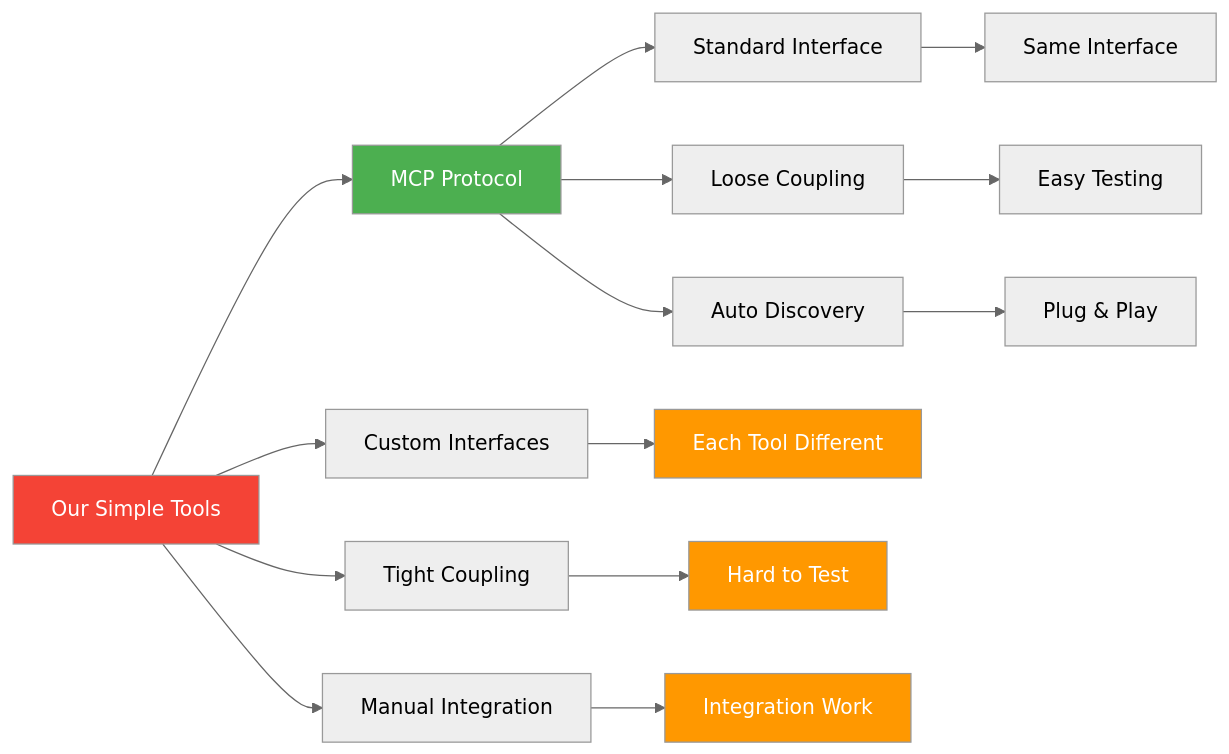
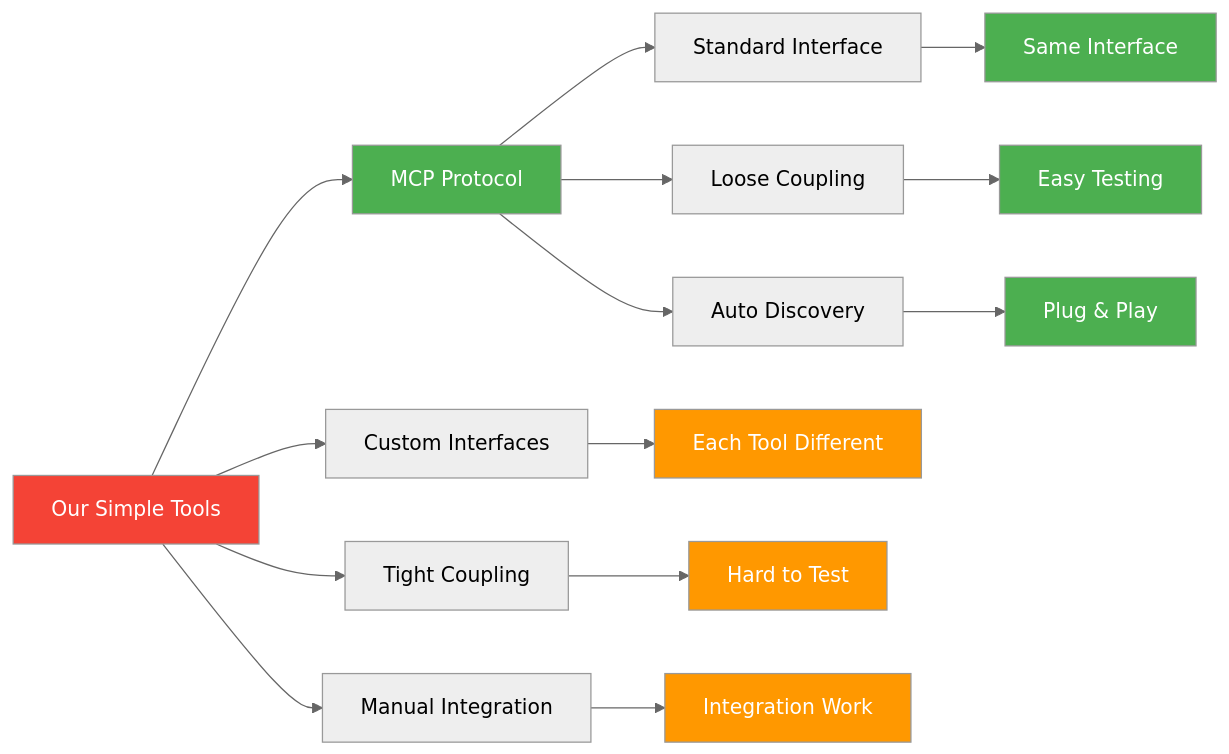
Diagram 17 of 17 in docs-content/01_frameworks/Session1_ModuleD_Coding_Assistant_Case_Study.md (fwornle/agentic-ai-nano), drawn with Mermaid (neutral theme) before and after one commit. The commit also changed other lines of this file, not shown here.

Commit message:
docs: review Option D, styling (mermaid)

````diff
--- a/docs-content/01_frameworks/Session1_ModuleD_Coding_Assistant_Case_Study.md
+++ b/docs-content/01_frameworks/Session1_ModuleD_Coding_Assistant_Case_Study.md
@@ -1071,26 +1071,29 @@
 ```mermaid
 graph LR
     OUR[Our Simple Tools] --> MCP[MCP Protocol]
     
     OUR --> CUSTOM[Custom Interfaces]
     OUR --> TIGHT[Tight Coupling]
     OUR --> MANUAL[Manual Integration]
     
     MCP --> STANDARD[Standard Interface] 
     MCP --> LOOSE[Loose Coupling]
     MCP --> AUTO[Auto Discovery]
     
     CUSTOM --> PROBLEM1[Each Tool Different]
     TIGHT --> PROBLEM2[Hard to Test]
     MANUAL --> PROBLEM3[Integration Work]
     
     STANDARD --> SOLUTION1[Same Interface]
     LOOSE --> SOLUTION2[Easy Testing]
     AUTO --> SOLUTION3[Plug & Play]
     
     style OUR fill:#F44336,color:#ffffff
     style MCP fill:#4CAF50,color:#ffffff
     style PROBLEM1 fill:#FF9800,color:#ffffff
     style PROBLEM2 fill:#FF9800,color:#ffffff
     style PROBLEM3 fill:#FF9800,color:#ffffff
+    style SOLUTION1 fill:#4CAF50,color:#ffffff
+    style SOLUTION2 fill:#4CAF50,color:#ffffff
+    style SOLUTION3 fill:#4CAF50,color:#ffffff
 ```
````
